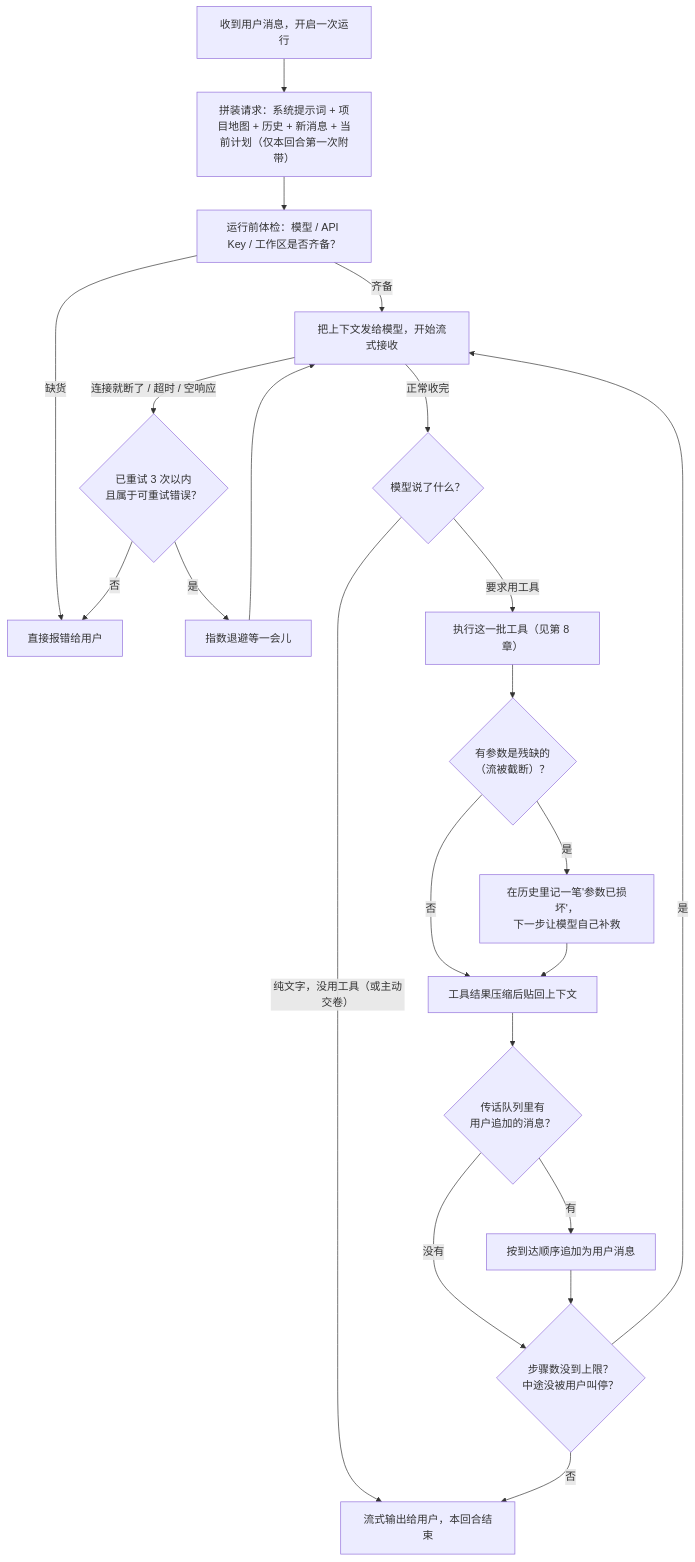
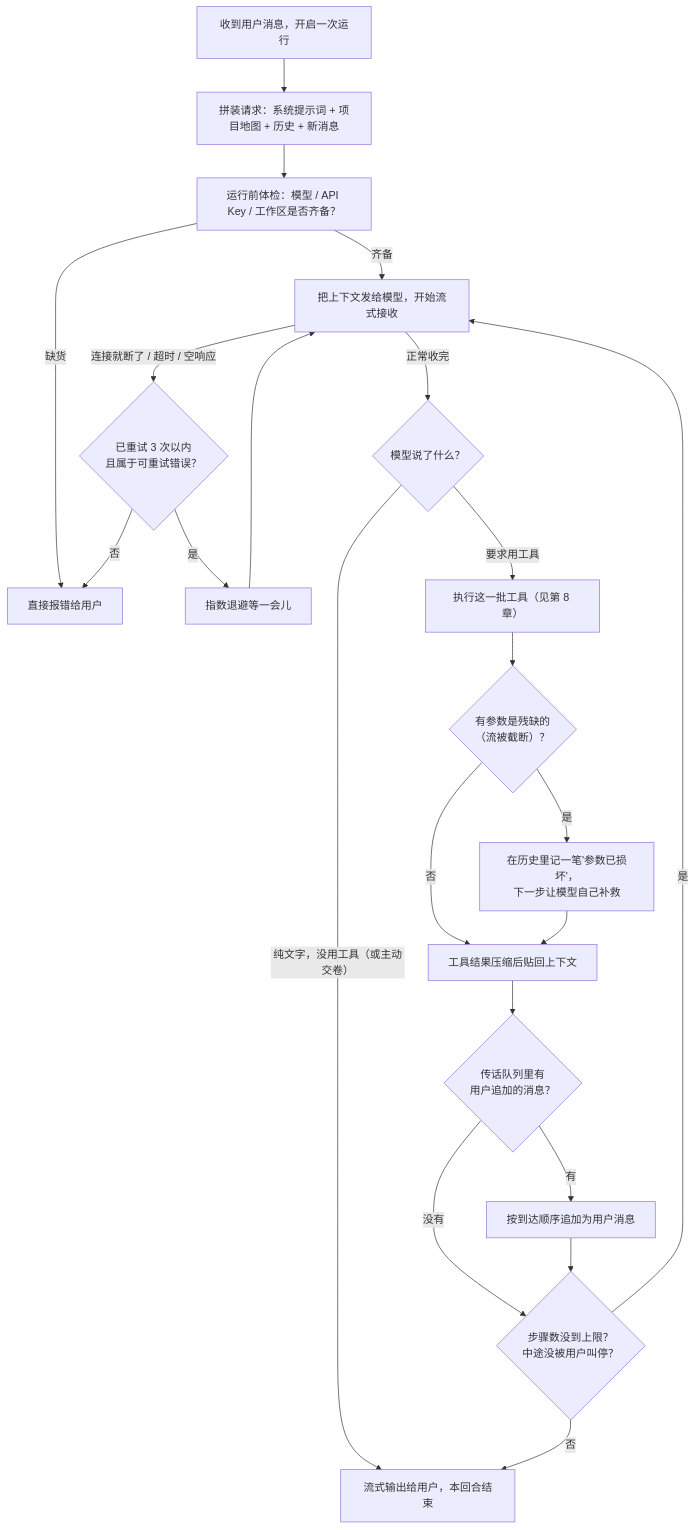
Before and after one commit to Bronya0/ally-agent: the third of 16 diagrams in docs/agent-architecture.md, drawn with Mermaid. The commit also changed other lines of this file and 31 other files, not shown here.

````diff
--- a/docs/agent-architecture.md
+++ b/docs/agent-architecture.md
@@ -141,26 +141,26 @@
 ```mermaid
 flowchart TD
-    START["收到用户消息，开启一次运行"] --> PREP["拼装请求：系统提示词 + 项目地图 + 历史 + 新消息 + 当前计划（仅本回合第一次附带）"]
+    START["收到用户消息，开启一次运行"] --> PREP["拼装请求：系统提示词 + 项目地图 + 历史 + 新消息"]
     PREP --> GUARD1["运行前体检：模型 / API Key / 工作区是否齐备？"]
     GUARD1 -->|"缺货"| FAIL["直接报错给用户"]
     GUARD1 -->|"齐备"| ASK["把上下文发给模型，开始流式接收"]
 
     ASK -->|"连接就断了 / 超时 / 空响应"| RETRY{"已重试 3 次以内<br/>且属于可重试错误？"}
     RETRY -->|"是"| WAIT["指数退避等一会儿"] --> ASK
     RETRY -->|"否"| FAIL
 
     ASK -->|"正常收完"| DECIDE{"模型说了什么？"}
     DECIDE -->|"纯文字，没用工具（或主动交卷）"| DONE["流式输出给用户，本回合结束"]
     DECIDE -->|"要求用工具"| EXEC["执行这一批工具（见第 8 章）"]
 
     EXEC --> BAD{"有参数是残缺的<br/>（流被截断）？"}
     BAD -->|"是"| MARK["在历史里记一笔'参数已损坏'，<br/>下一步让模型自己补救"]
     BAD -->|"否"| APPEND["工具结果压缩后贴回上下文"]
     MARK --> APPEND
     APPEND --> INJECT{"传话队列里有<br/>用户追加的消息？"}
     INJECT -->|"有"| ADD["按到达顺序追加为用户消息"]
     INJECT -->|"没有"| STEP
     ADD --> STEP{"步骤数没到上限？<br/>中途没被用户叫停？"}
     STEP -->|"是"| ASK
     STEP -->|"否"| DONE
 ```
````
